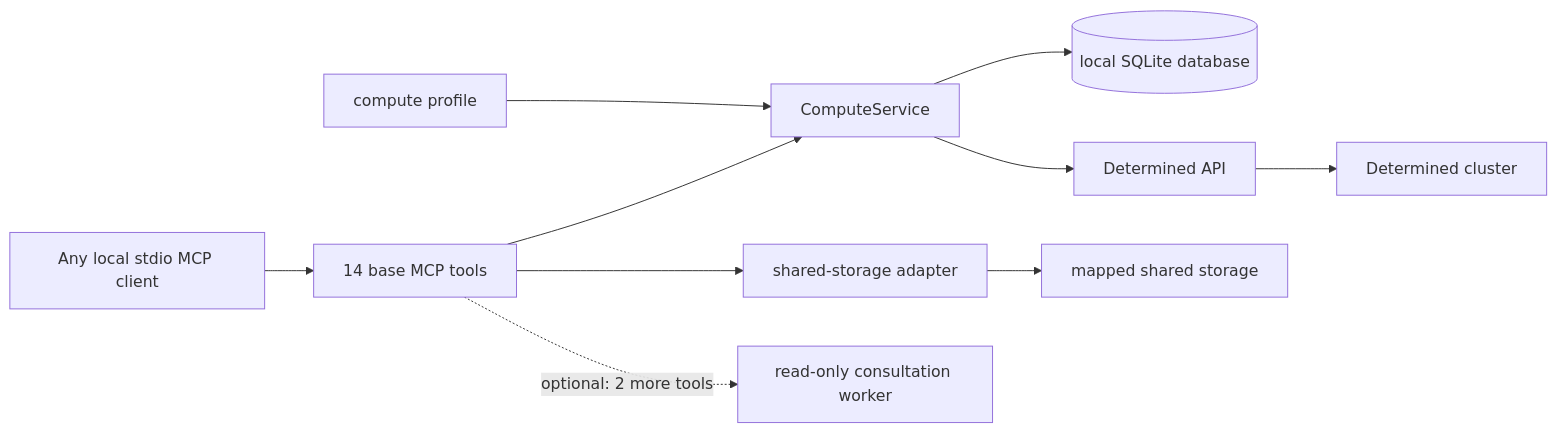
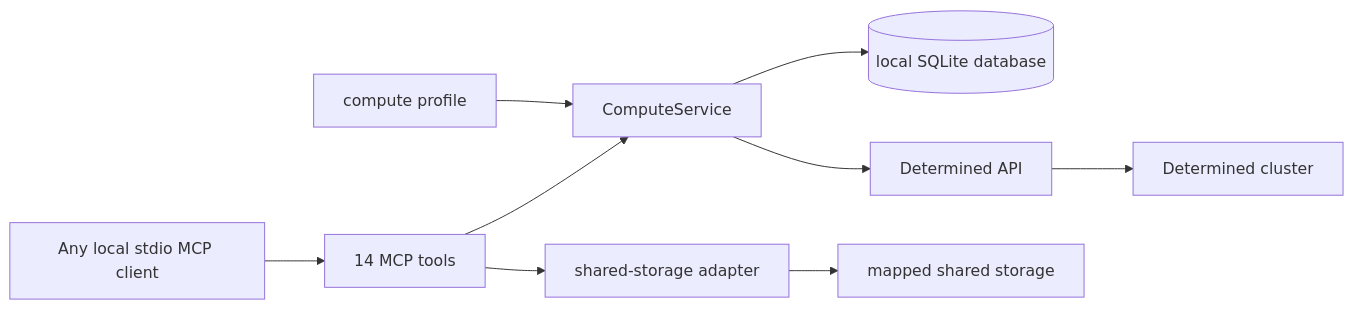
One commit to WU-CVGL/determined_cluster_mcp changed the diagram in docs/compute-service.md. Above: the diagram before and after it, drawn with Mermaid. The commit also changed other lines of this file and 23 other files, not shown here.

First line of the commit message:
refactor!: remove the consultation worker and the JSON CLI, document skill install (#4)

````diff
--- a/docs/compute-service.md
+++ b/docs/compute-service.md
@@ -12,12 +11,11 @@
 ```mermaid
 flowchart LR
-    U[Any local stdio MCP client] --> M[14 base MCP tools]
+    U[Any local stdio MCP client] --> M[14 MCP tools]
     M --> C[ComputeService]
     C --> D[(local SQLite database)]
     C --> A[Determined API]
     A --> K[Determined cluster]
     P[compute profile] --> C
     M --> S[shared-storage adapter]
     S --> H[mapped shared storage]
-    M -. optional: 2 more tools .-> W[read-only consultation worker]
 ```
````
